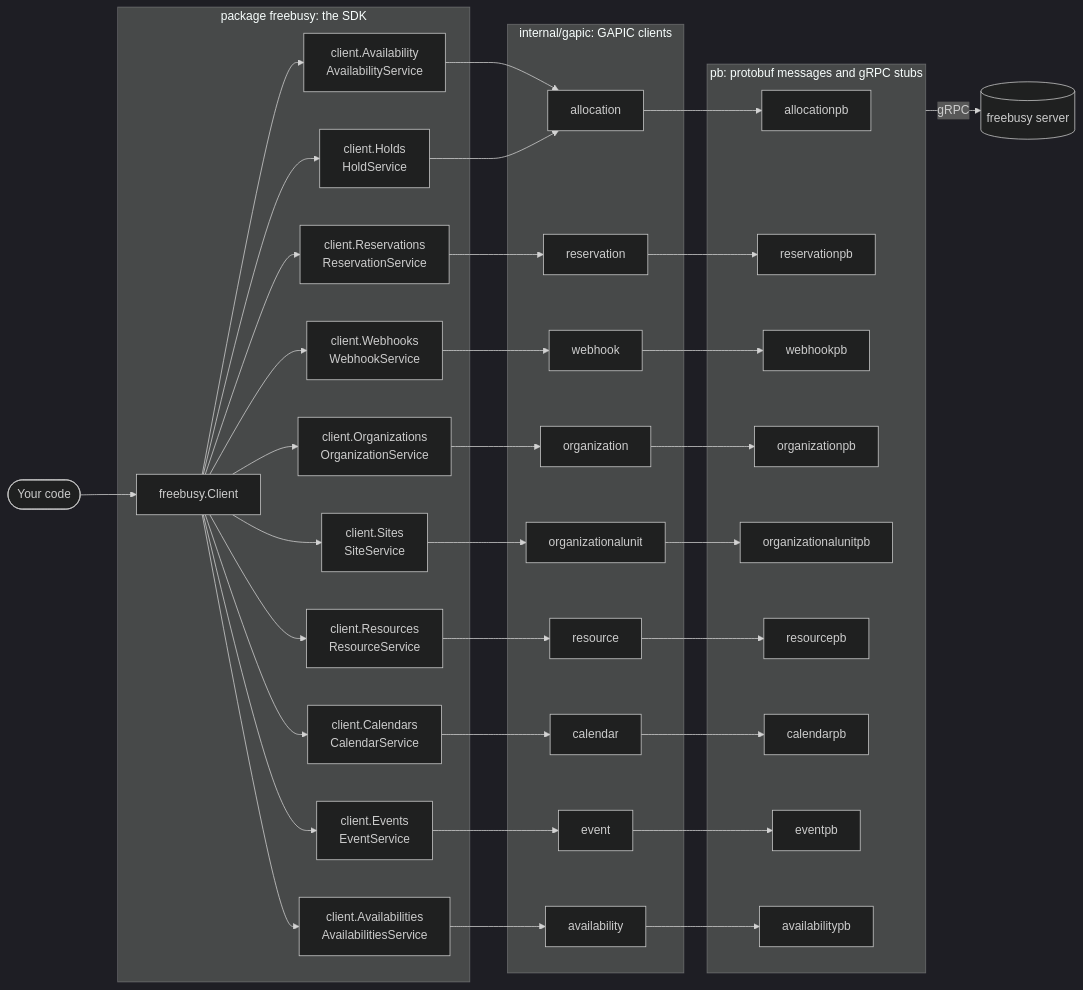
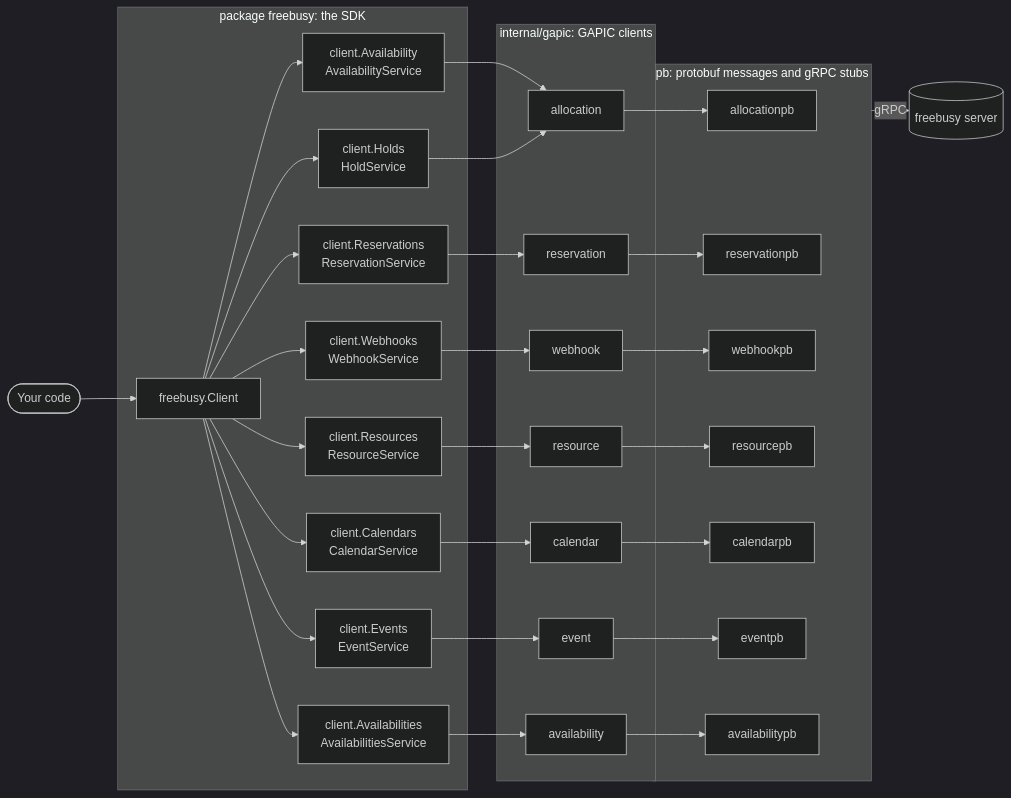
Before and after one commit to oh-tarnished/freebusy-go-sdk: the first of 2 diagrams in README.md, drawn with Mermaid (dark theme). The commit also changed other lines of this file and 29 other files, not shown here.

First line of the commit message:
Remove organization and site service implementations

````diff
--- a/README.md
+++ b/README.md
@@ -41,69 +41,57 @@
 ```mermaid
 flowchart LR
   app([Your code]) --> client["freebusy.Client"]
   subgraph facade ["package freebusy: the SDK"]
     client
     svc_Availability["client.Availability<br/>AvailabilityService"]
     svc_Holds["client.Holds<br/>HoldService"]
     svc_Reservations["client.Reservations<br/>ReservationService"]
     svc_Webhooks["client.Webhooks<br/>WebhookService"]
-    svc_Organizations["client.Organizations<br/>OrganizationService"]
-    svc_Sites["client.Sites<br/>SiteService"]
     svc_Resources["client.Resources<br/>ResourceService"]
     svc_Calendars["client.Calendars<br/>CalendarService"]
     svc_Events["client.Events<br/>EventService"]
     svc_Availabilities["client.Availabilities<br/>AvailabilitiesService"]
   end
   subgraph gapic ["internal/gapic: GAPIC clients"]
     gapic_allocation["allocation"]
     gapic_reservation["reservation"]
     gapic_webhook["webhook"]
-    gapic_organization["organization"]
-    gapic_organizationalunit["organizationalunit"]
     gapic_resource["resource"]
     gapic_calendar["calendar"]
     gapic_event["event"]
     gapic_availability["availability"]
   end
   subgraph pb ["pb: protobuf messages and gRPC stubs"]
     pb_allocation["allocationpb"]
     pb_reservation["reservationpb"]
     pb_webhook["webhookpb"]
-    pb_organization["organizationpb"]
-    pb_organizationalunit["organizationalunitpb"]
     pb_resource["resourcepb"]
     pb_calendar["calendarpb"]
     pb_event["eventpb"]
     pb_availability["availabilitypb"]
   end
   client --> svc_Availability
   svc_Availability --> gapic_allocation
   client --> svc_Holds
   svc_Holds --> gapic_allocation
   client --> svc_Reservations
   svc_Reservations --> gapic_reservation
   client --> svc_Webhooks
   svc_Webhooks --> gapic_webhook
-  client --> svc_Organizations
-  svc_Organizations --> gapic_organization
-  client --> svc_Sites
-  svc_Sites --> gapic_organizationalunit
   client --> svc_Resources
   svc_Resources --> gapic_resource
   client --> svc_Calendars
   svc_Calendars --> gapic_calendar
   client --> svc_Events
   svc_Events --> gapic_event
   client --> svc_Availabilities
   svc_Availabilities --> gapic_availability
   gapic_allocation --> pb_allocation
   gapic_reservation --> pb_reservation
   gapic_webhook --> pb_webhook
-  gapic_organization --> pb_organization
-  gapic_organizationalunit --> pb_organizationalunit
   gapic_resource --> pb_resource
   gapic_calendar --> pb_calendar
   gapic_event --> pb_event
   gapic_availability --> pb_availability
   pb -- gRPC --> server[(freebusy server)]
 ```
````
